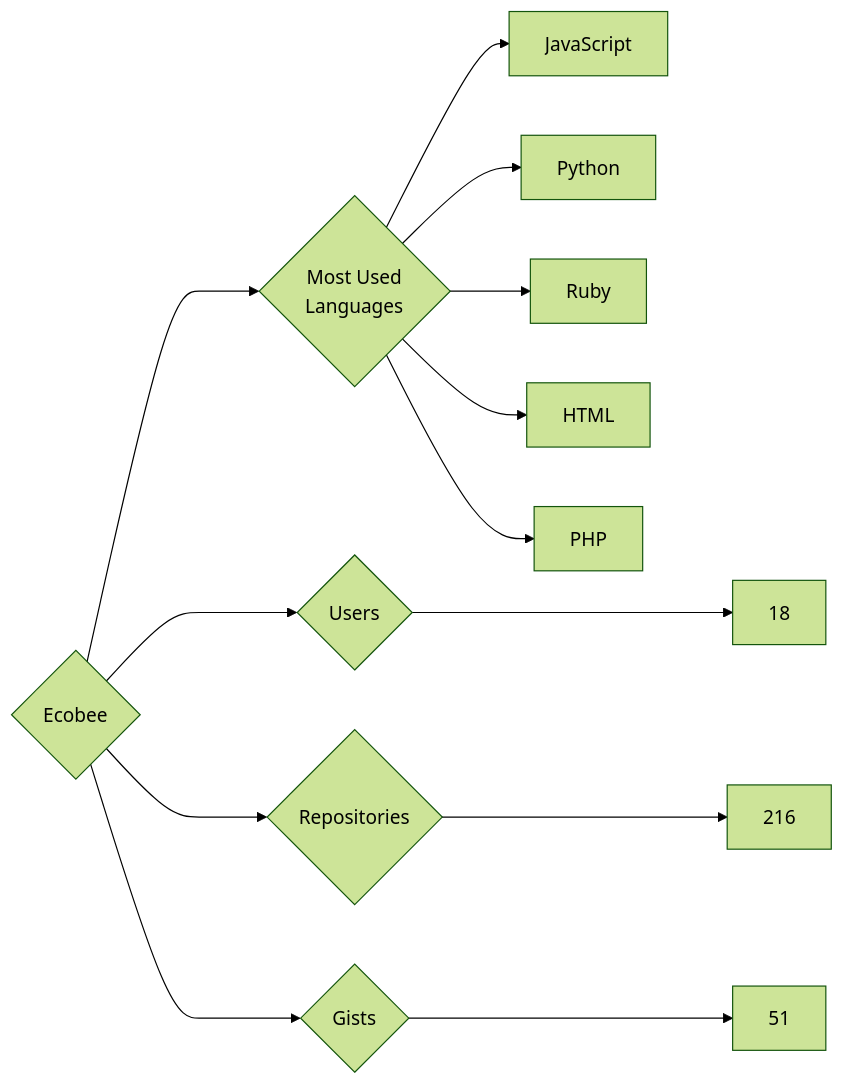
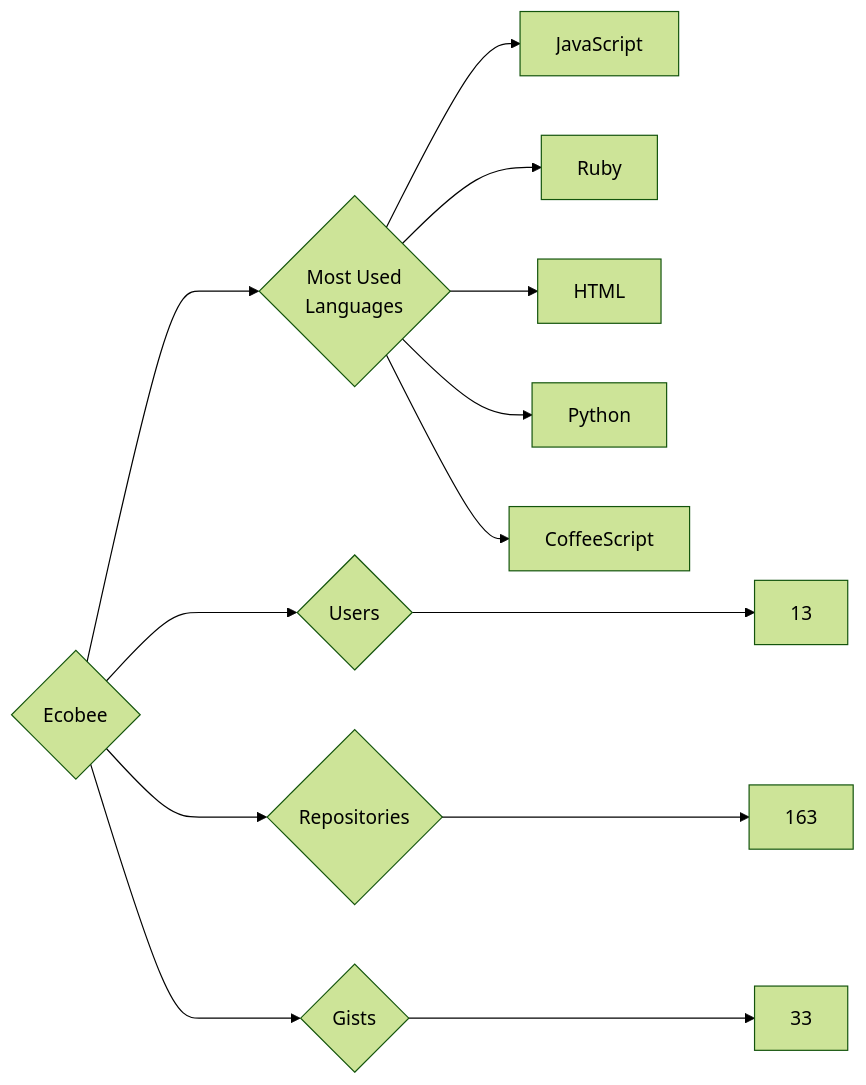
Before and after one commit to trickest/insiders: the diagram in targets/Ecobee/README.md, drawn with Mermaid (forest theme). The commit also changed 622 other files, not shown here.

````diff
--- a/targets/Ecobee/README.md
+++ b/targets/Ecobee/README.md
@@ -3,13 +3,13 @@
 ```mermaid
 graph LR
 COMPANY_NAME{Ecobee}
-COMPANY_NAME ---> U{Users} ---> UN[18]
-COMPANY_NAME ---> R{Repositories} ---> RN[216]
-COMPANY_NAME ---> G{Gists} ---> GN[51]
+COMPANY_NAME ---> U{Users} ---> UN[13]
+COMPANY_NAME ---> R{Repositories} ---> RN[163]
+COMPANY_NAME ---> G{Gists} ---> GN[33]
 COMPANY_NAME ---> ML{Most Used<br>Languages}
 ML --> JavaScript[JavaScript]
-ML --> Python[Python]
 ML --> Ruby[Ruby]
 ML --> HTML[HTML]
-ML --> PHP[PHP]
+ML --> Python[Python]
+ML --> CoffeeScript[CoffeeScript]
 ```
````
